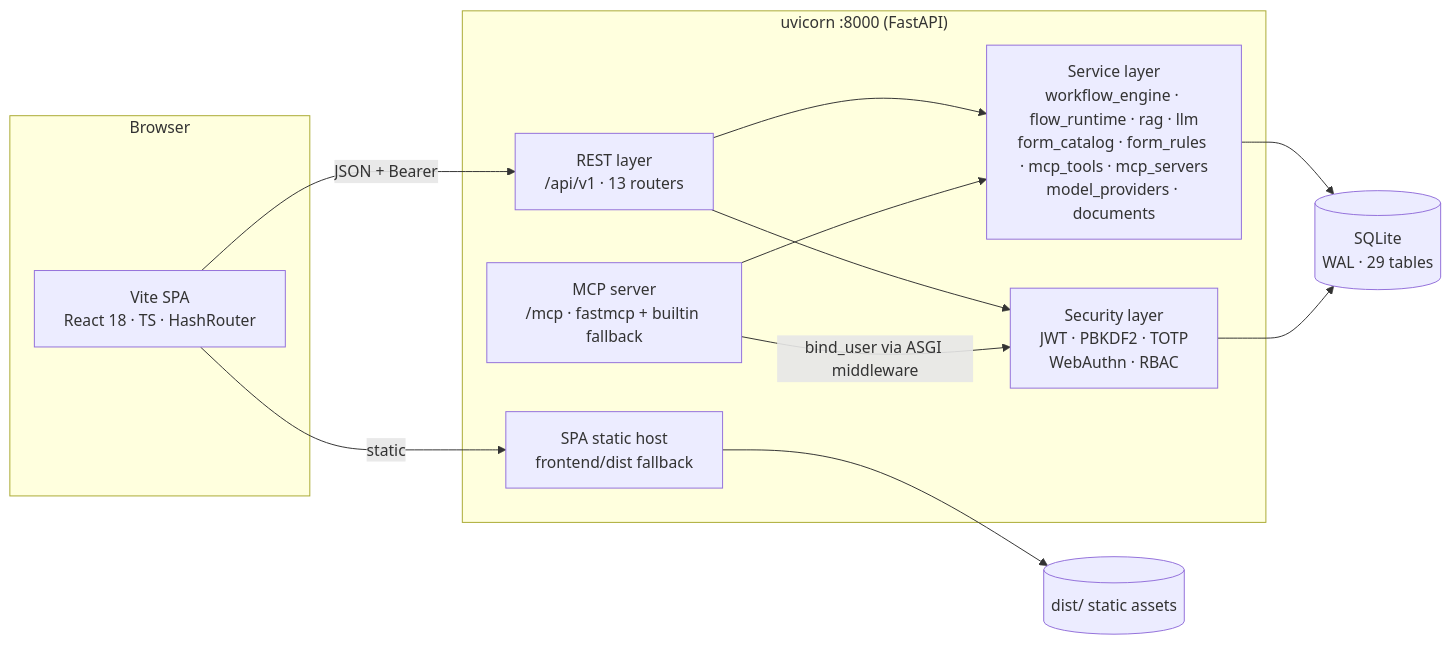
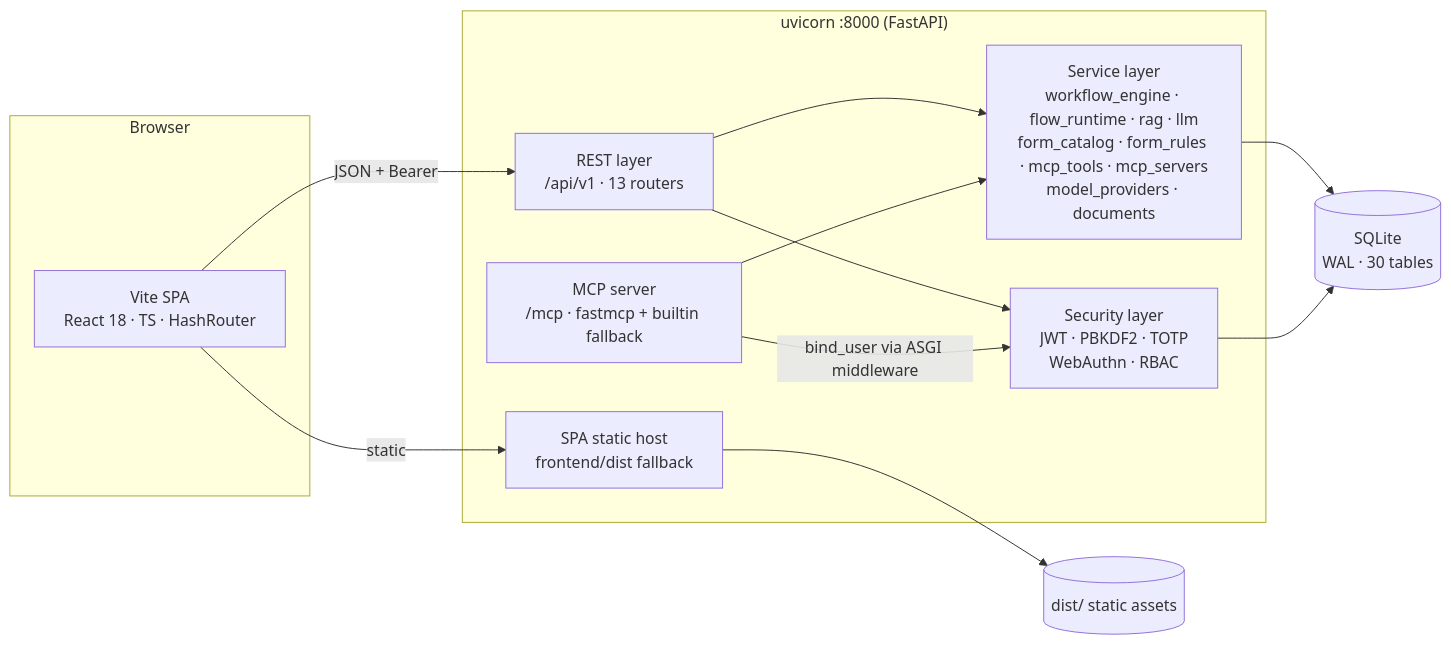
One commit to liudonghua123/ai-lowcode-platform changed the second of 4 diagrams in docs/architecture.md. Above: the diagram before and after it, drawn with Mermaid. The commit also changed other lines of this file and 57 other files, not shown here.

````diff
--- a/docs/architecture.md
+++ b/docs/architecture.md
@@ -60,25 +60,25 @@
 ```mermaid
 flowchart LR
     subgraph Browser
         SPA[Vite SPA<br/>React 18 · TS · HashRouter]
     end
     subgraph Process["uvicorn :8000 (FastAPI)"]
         API["REST layer<br/>/api/v1 · 13 routers"]
         MCPS["MCP server<br/>/mcp · fastmcp + builtin fallback"]
         SVC["Service layer<br/>workflow_engine · flow_runtime · rag · llm<br/>form_catalog · form_rules · mcp_tools · mcp_servers<br/>model_providers · documents"]
         SEC["Security layer<br/>JWT · PBKDF2 · TOTP<br/>WebAuthn · RBAC"]
         HOST["SPA static host<br/>frontend/dist fallback"]
     end
-    DB[(SQLite<br/>WAL · 29 tables)]
+    DB[(SQLite<br/>WAL · 30 tables)]
     FS[("dist/ static assets")]
 
     SPA -->|JSON + Bearer| API
     SPA -->|static| HOST
     API --> SEC
     API --> SVC
     MCPS -->|bind_user via ASGI middleware| SEC
     MCPS --> SVC
     SVC --> DB
     SEC --> DB
     HOST --> FS
 ```
````
